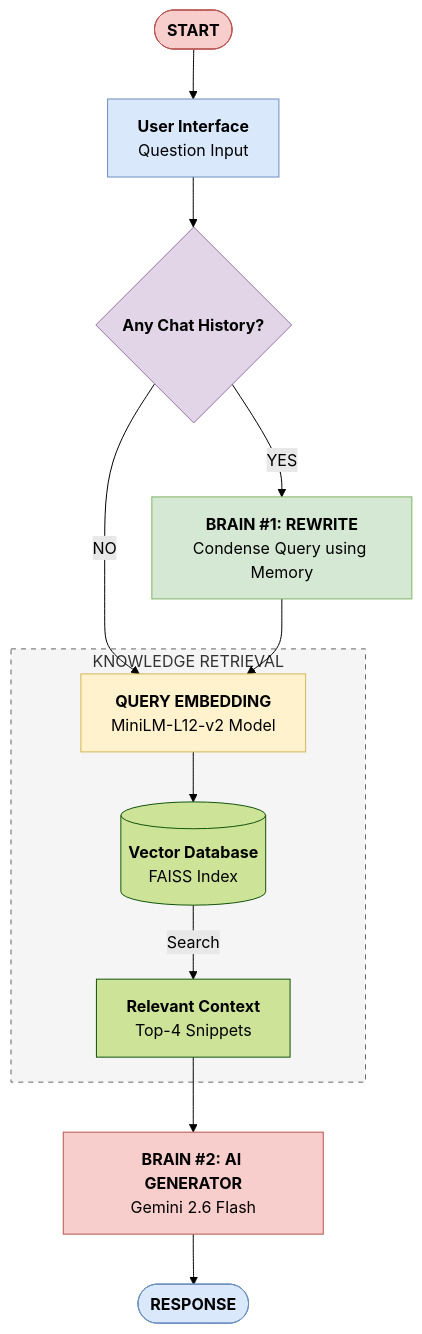
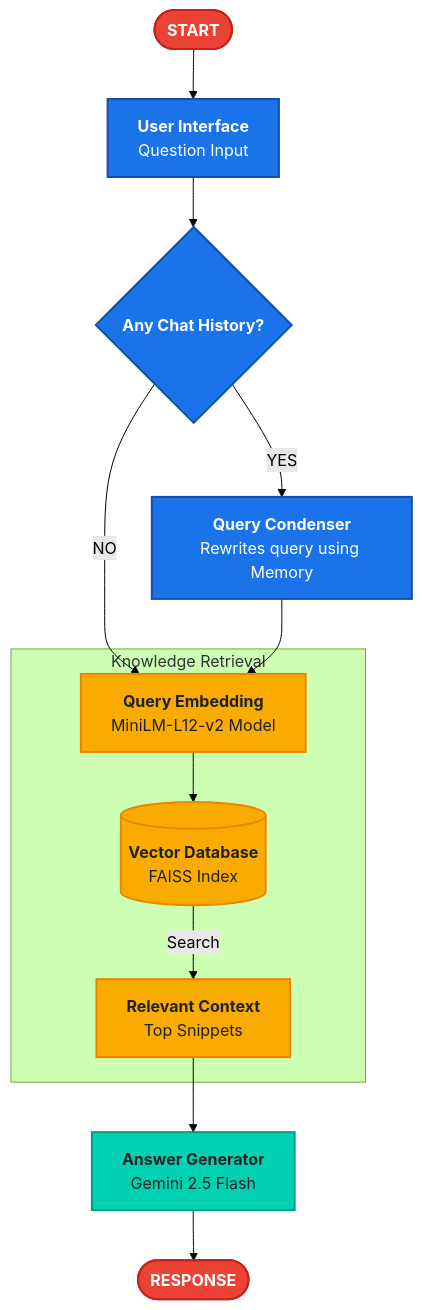
Before and after one commit to dsinghdev/knowledge-rag-system: the diagram in README.md, drawn with Mermaid (forest theme). The commit also changed other lines of this file, not shown here.

Commit message:
readme changes

````diff
--- a/README.md
+++ b/README.md
@@ -9,27 +9,29 @@
 ```mermaid
 graph TD
     Start([<b>START</b>]) --> UI[<b>User Interface</b><br/>Question Input]
     UI --> History{<b>Any Chat History?</b>}
     
-    History -- "YES" --> Brain1[<b>BRAIN #1: REWRITE</b><br/>Condense Query using Memory]
-    History -- "NO" --> Embed[<b>QUERY EMBEDDING</b><br/>MiniLM-L12-v2 Model]
+    History -- "YES" --> Condenser[<b>Query Condenser</b><br/>Rewrites query using Memory]
+    History -- "NO" --> Embed[<b>Query Embedding</b><br/>MiniLM-L12-v2 Model]
     
-    Brain1 --> Embed
+    Condenser --> Embed
     
-    subgraph Knowledge_Retrieval [KNOWLEDGE RETRIEVAL]
+    subgraph Knowledge_Retrieval [Knowledge Retrieval]
         Embed --> DB[(<b>Vector Database</b><br/>FAISS Index)]
-        DB -- "Search" --> Docs[<b>Relevant Context</b><br/>Top-4 Snippets]
+        DB -- "Search" --> Docs[<b>Relevant Context</b><br/>Top Snippets]
     end
     
-    Docs --> Brain2[<b>BRAIN #2: AI GENERATOR</b><br/>Gemini 2.6 Flash]
-    Brain2 --> Response([<b>RESPONSE</b>])
+    Docs --> Generator[<b>Answer Generator</b><br/>Gemini 2.5 Flash]
+    Generator --> Response([<b>RESPONSE</b>])
     
-    style Start fill:#f8cecc,stroke:#b85450
-    style UI fill:#dae8fc,stroke:#6c8ebf
-    style History fill:#e1d5e7,stroke:#9673a6
-    style Brain1 fill:#d5e8d4,stroke:#82b366
-    style Embed fill:#fff2cc,stroke:#d6b656
-    style Knowledge_Retrieval fill:#f5f5f5,stroke:#666666,stroke-dasharray: 5 5
-    style Brain2 fill:#f8cecc,stroke:#b85450
-    style Response fill:#dae8fc,stroke:#6c8ebf
+    %% Style definitions for high-contrast visibility (Light & Dark modes)
+    classDef logic_node fill:#1a73e8,stroke:#174ea6,stroke-width:2px,color:#ffffff;
+    classDef data_node fill:#f9ab00,stroke:#ea8600,stroke-width:2px,color:#202124;
+    classDef ai_node fill:#00d1b2,stroke:#009e86,stroke-width:2px,color:#202124;
+    classDef start_node fill:#ea4335,stroke:#c5221f,stroke-width:2px,color:#ffffff;
+    
+    class Start,Response,Generator start_node;
+    class UI,History,Condenser logic_node;
+    class Embed,DB,Docs data_node;
+    class Generator ai_node;
 ```
````
